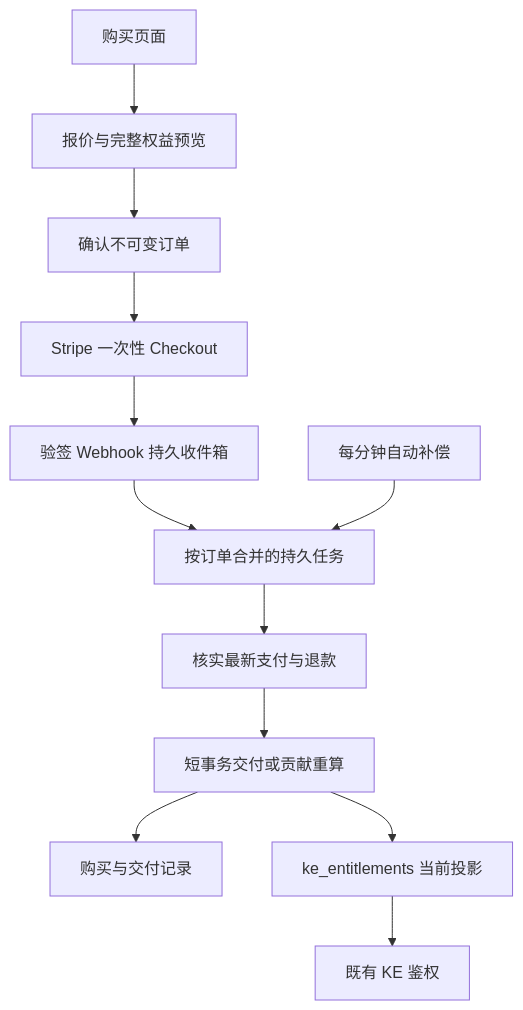
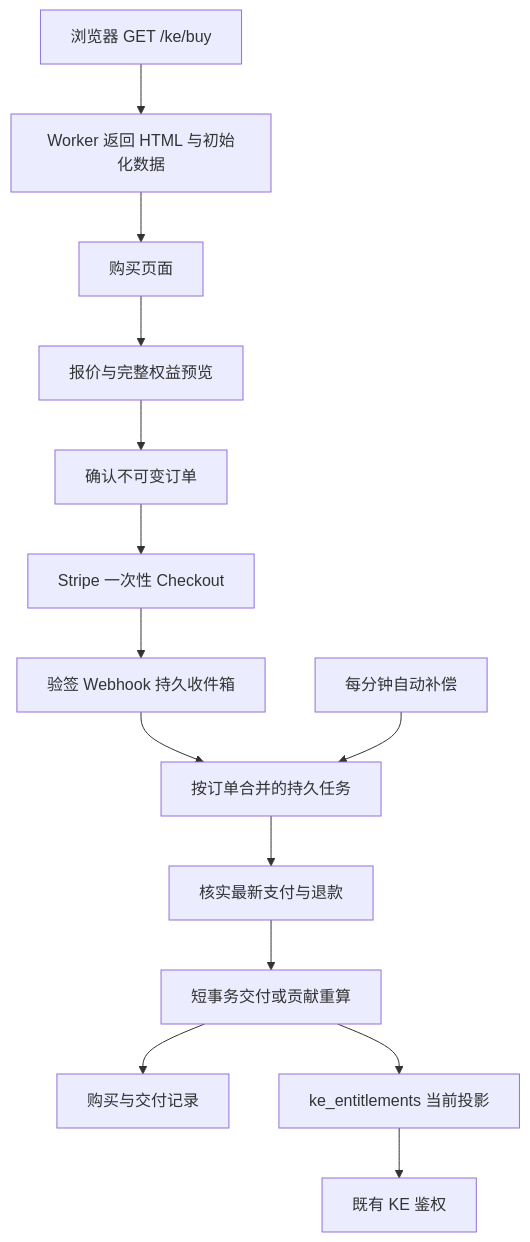
Before and after one commit to parkerjj/LastROLTSD: the diagram in docs/superpowers/specs/2026-10-30-stripe-ke-commerce-design.md, drawn with Mermaid. The commit also changed other lines of this file and 14 other files, not shown here.

````diff
--- a/docs/superpowers/specs/2026-10-30-stripe-ke-commerce-design.md
+++ b/docs/superpowers/specs/2026-10-30-stripe-ke-commerce-design.md
@@ -128,14 +128,16 @@
 ```mermaid
 flowchart TD
-  UI[购买页面] --> Quote[报价与完整权益预览]
+  Browser[浏览器 GET /ke/buy] --> Page[Worker 返回 HTML 与初始化数据]
+  Page --> UI[购买页面]
+  UI --> Quote[报价与完整权益预览]
   Quote --> Confirm[确认不可变订单]
   Confirm --> Checkout[Stripe 一次性 Checkout]
   Checkout --> Inbox[验签 Webhook 持久收件箱]
   Inbox --> Jobs[按订单合并的持久任务]
   Cron[每分钟自动补偿] --> Jobs
   Jobs --> Verify[核实最新支付与退款]
   Verify --> Tx[短事务交付或贡献重算]
   Tx --> History[购买与交付记录]
   Tx --> Entitlements[ke_entitlements 当前投影]
   Entitlements --> Auth[既有 KE 鉴权]
 ```
````
